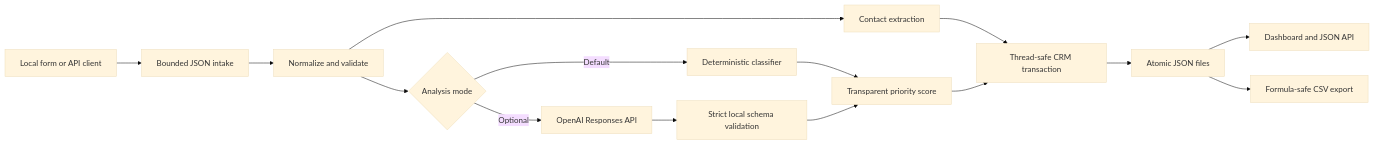
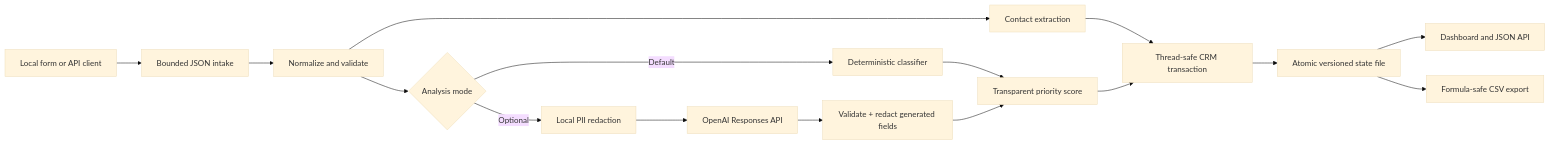
Before and after one commit to bazhinapolly/ai-crm-lead-automation: the diagram in docs/workflow-diagram.md, drawn with Mermaid (base theme). The commit also changed 25 other files, not shown here.

````diff
--- a/docs/workflow-diagram.md
+++ b/docs/workflow-diagram.md
@@ -3,17 +3,18 @@
 ```mermaid
 flowchart LR
   A["Local form or API client"] --> B["Bounded JSON intake"]
   B --> C["Normalize and validate"]
   C --> D["Contact extraction"]
   C --> E{"Analysis mode"}
   E -->|"Default"| F["Deterministic classifier"]
-  E -->|"Optional"| G["OpenAI Responses API"]
-  G --> H["Strict local schema validation"]
+  E -->|"Optional"| R["Local PII redaction"]
+  R --> G["OpenAI Responses API"]
+  G --> H["Validate + redact generated fields"]
   F --> I["Transparent priority score"]
   H --> I
   D --> J["Thread-safe CRM transaction"]
   I --> J
-  J --> K["Atomic JSON files"]
+  J --> K["Atomic versioned state file"]
   K --> L["Dashboard and JSON API"]
   K --> M["Formula-safe CSV export"]
 ```
````
